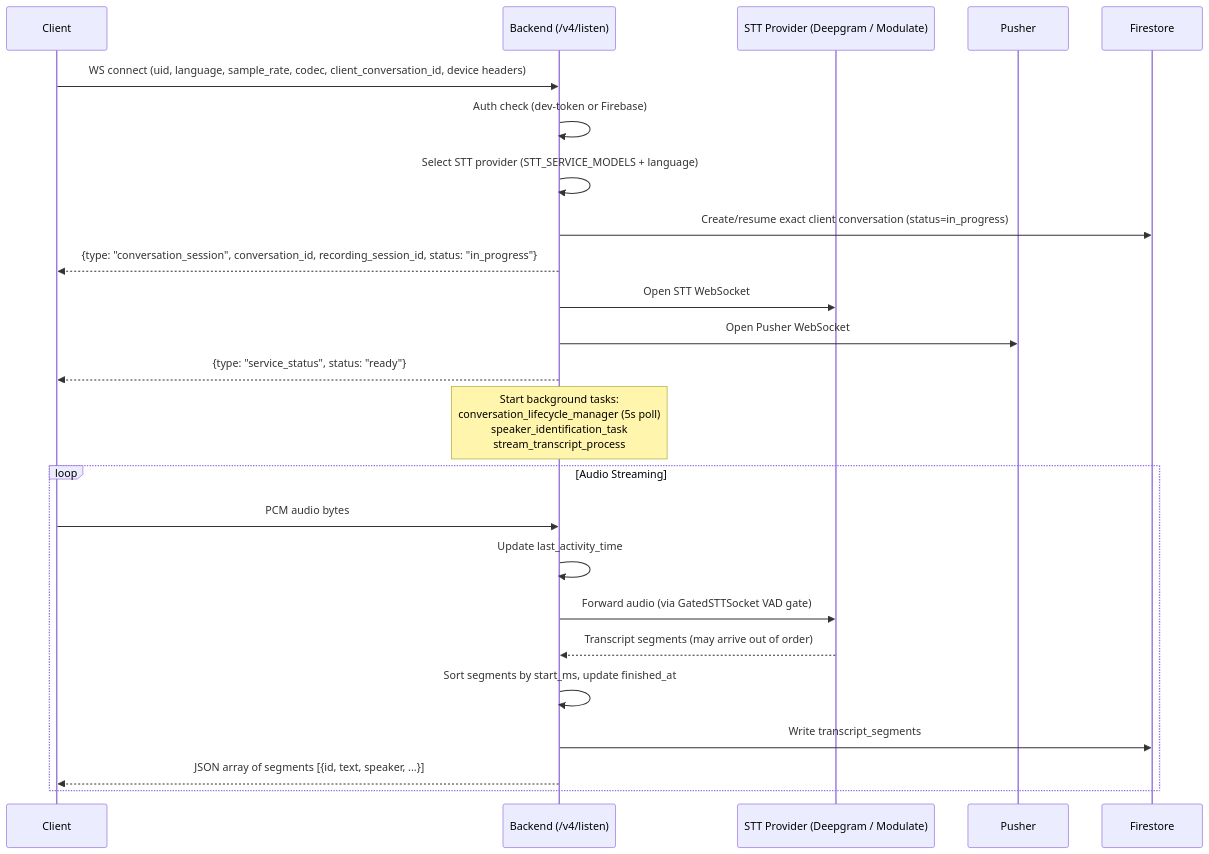
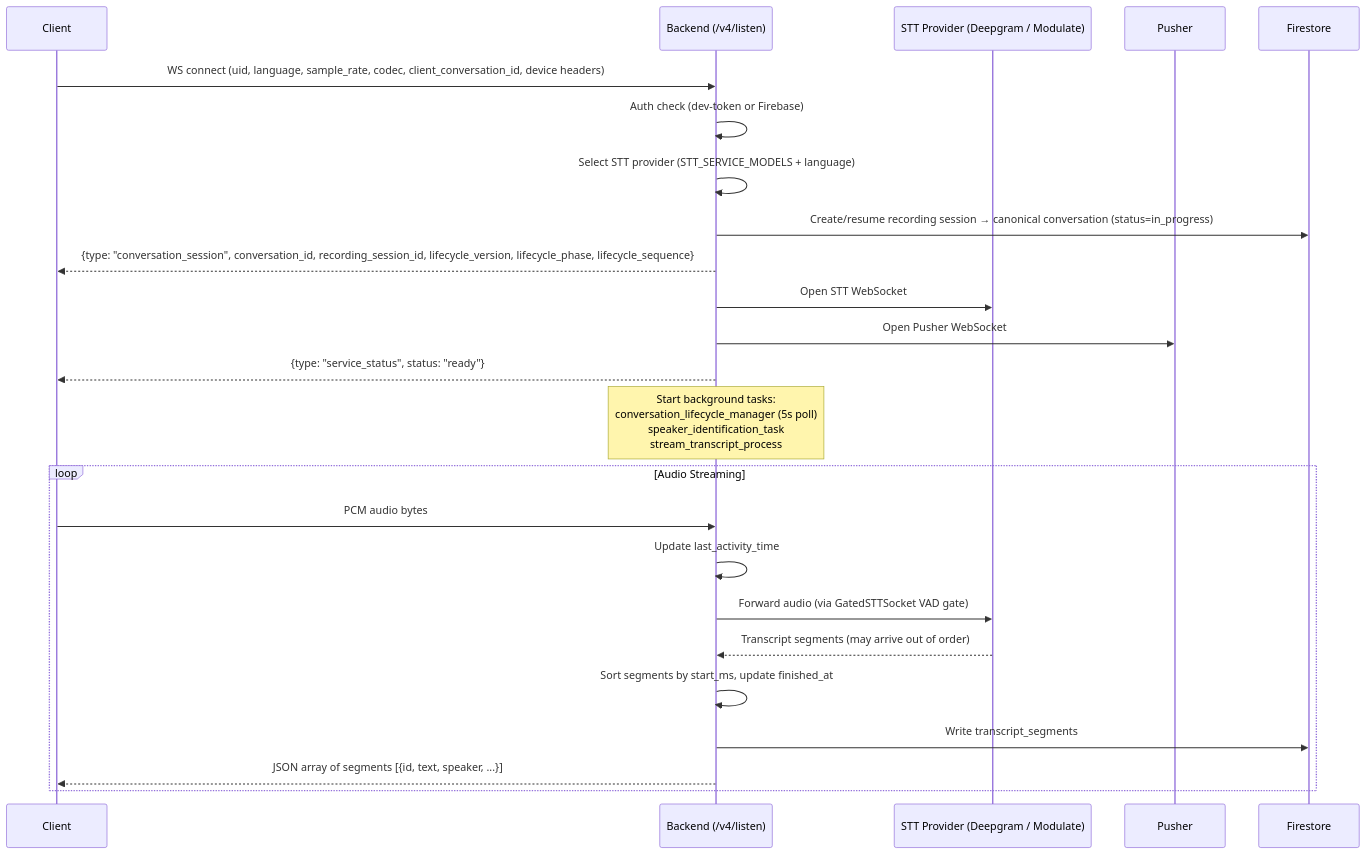
One commit to BasedHardware/omi changed the first of 8 diagrams in docs/doc/developer/backend/listen_pusher_pipeline.mdx. Above: the diagram before and after it, drawn with Mermaid. The commit also changed other lines of this file and 13 other files, not shown here.

````diff
--- a/docs/doc/developer/backend/listen_pusher_pipeline.mdx
+++ b/docs/doc/developer/backend/listen_pusher_pipeline.mdx
@@ -64,29 +77,29 @@
 ```mermaid
 sequenceDiagram
     participant Client
     participant Backend as Backend (/v4/listen)
     participant STT as STT Provider (Deepgram / Modulate)
     participant Pusher
     participant Firestore
 
     Client->>Backend: WS connect (uid, language, sample_rate, codec, client_conversation_id, device headers)
     Backend->>Backend: Auth check (dev-token or Firebase)
     Backend->>Backend: Select STT provider (STT_SERVICE_MODELS + language)
-    Backend->>Firestore: Create/resume exact client conversation (status=in_progress)
-    Backend-->>Client: {type: "conversation_session", conversation_id, recording_session_id, status: "in_progress"}
+    Backend->>Firestore: Create/resume recording session → canonical conversation (status=in_progress)
+    Backend-->>Client: {type: "conversation_session", conversation_id, recording_session_id, lifecycle_version, lifecycle_phase, lifecycle_sequence}
     Backend->>STT: Open STT WebSocket
     Backend->>Pusher: Open Pusher WebSocket
     Backend-->>Client: {type: "service_status", status: "ready"}
 
     Note over Backend: Start background tasks:<br/>conversation_lifecycle_manager (5s poll)<br/>speaker_identification_task<br/>stream_transcript_process
 
     loop Audio Streaming
         Client->>Backend: PCM audio bytes
         Backend->>Backend: Update last_activity_time
         Backend->>STT: Forward audio (via GatedSTTSocket VAD gate)
         STT-->>Backend: Transcript segments (may arrive out of order)
         Backend->>Backend: Sort segments by start_ms, update finished_at
         Backend->>Firestore: Write transcript_segments
         Backend-->>Client: JSON array of segments [{id, text, speaker, ...}]
     end
 ```
````
